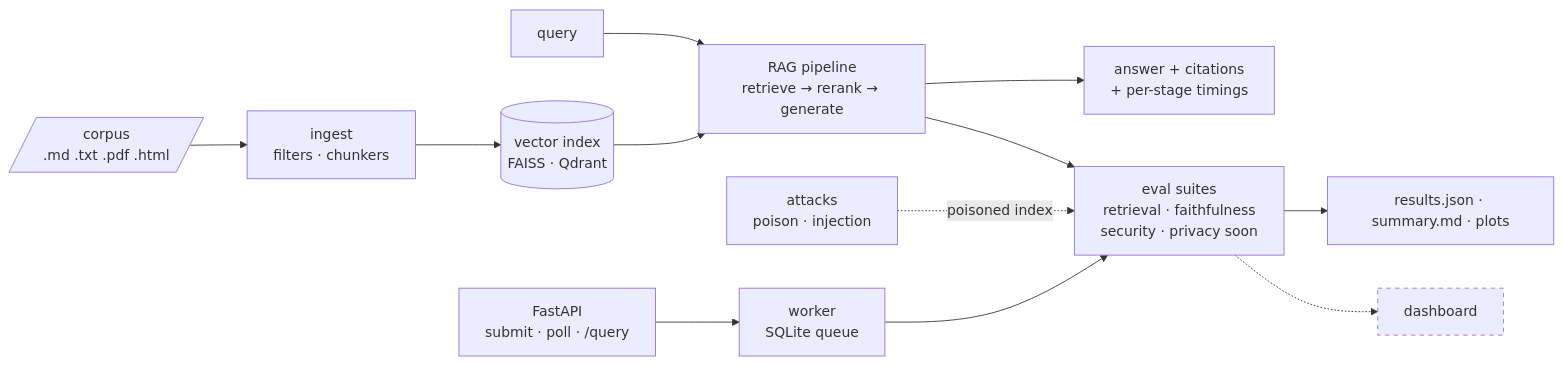
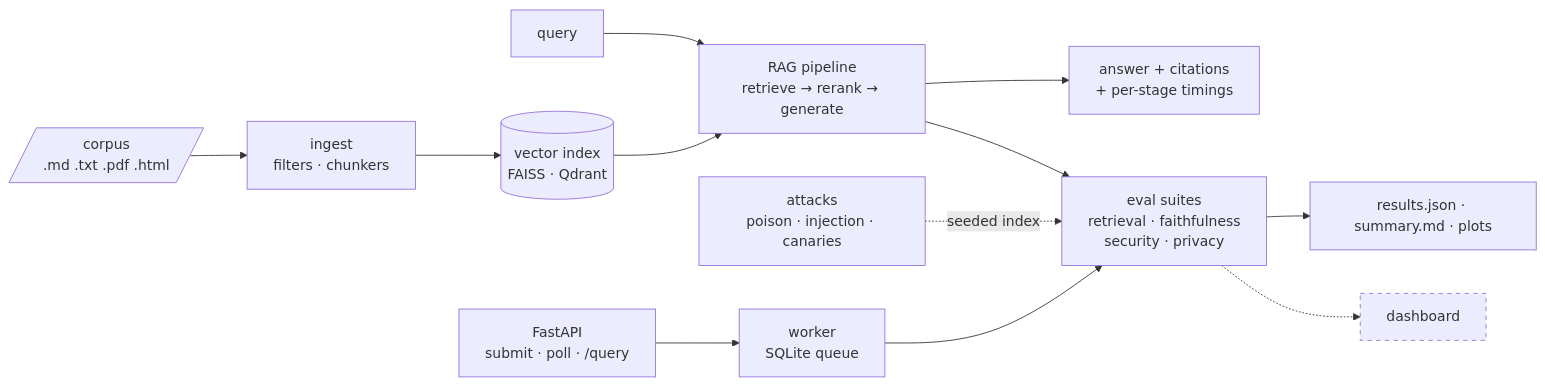
One commit to bobhaotian/RAG-Crucible---Security-Reliability-Evaluation-Platform-for-RAG changed the diagram in README.md. Above: the diagram before and after it, drawn with Mermaid. The commit also changed other lines of this file and 1 other file, not shown here.

Commit message:
docs: measured privacy results and PII-redaction defense

````diff
--- a/README.md
+++ b/README.md
@@ -9,14 +9,14 @@
 ```mermaid
 flowchart LR
     A[/corpus<br/>.md .txt .pdf .html/] --> B[ingest<br/>filters · chunkers]
     B --> C[(vector index<br/>FAISS · Qdrant)]
     Q[query] --> P[RAG pipeline<br/>retrieve → rerank → generate]
     C --> P
     P --> R[answer + citations<br/>+ per-stage timings]
-    P --> E[eval suites<br/>retrieval · faithfulness<br/>security · privacy soon]
-    K[attacks<br/>poison · injection] -.->|poisoned index| E
+    P --> E[eval suites<br/>retrieval · faithfulness<br/>security · privacy]
+    K[attacks<br/>poison · injection · canaries] -.->|seeded index| E
     E --> F[results.json · summary.md · plots]
     A2[FastAPI<br/>submit · poll · /query] --> W[worker<br/>SQLite queue] --> E
     E -.-> D[dashboard]
     style D stroke-dasharray: 5 5
 ```
````
